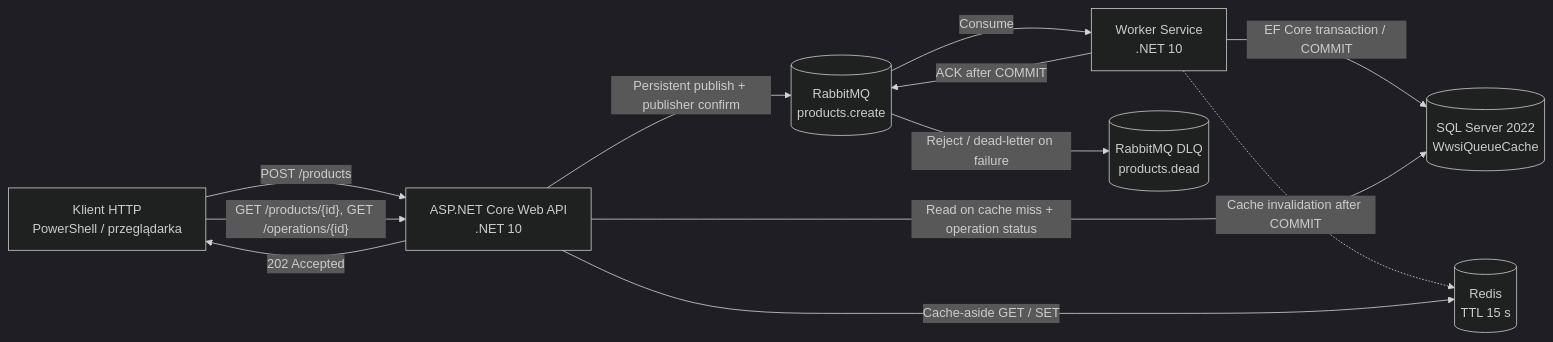
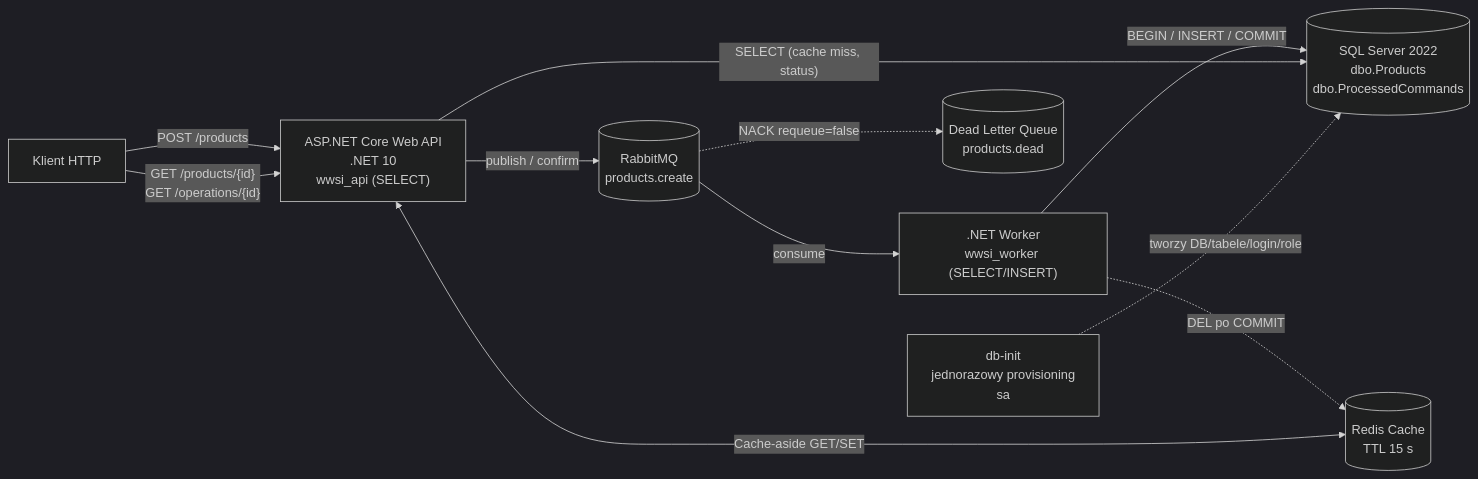
One commit to marcinpytlik/WWSI_CSharp changed the first of 3 diagrams in demonstracje/66_WebApiRabbitRedisSql/README.md. Above: the diagram before and after it, drawn with Mermaid (dark theme). The commit also changed other lines of this file and 19 other files, not shown here.

Commit message:
Refactor demo 66: least privilege SQL provisioning, EF configurations and API middleware

````diff
--- a/demonstracje/66_WebApiRabbitRedisSql/README.md
+++ b/demonstracje/66_WebApiRabbitRedisSql/README.md
@@ -9,22 +7,22 @@
 ```mermaid
 flowchart LR
-    Client["Klient HTTP<br/>PowerShell / przeglądarka"]
-    API["ASP.NET Core Web API<br/>.NET 10"]
-    MQ[("RabbitMQ<br/>products.create")]
-    Worker["Worker Service<br/>.NET 10"]
-    SQL[("SQL Server 2022<br/>WwsiQueueCache")]
-    Redis[("Redis<br/>TTL 15 s")]
-    DLQ[("RabbitMQ DLQ<br/>products.dead")]
+    Client["Klient HTTP"]
+    API["ASP.NET Core Web API<br/>.NET 10<br/>wwsi_api (SELECT)"]
+    Q[("RabbitMQ<br/>products.create")]
+    W[".NET Worker<br/>wwsi_worker (SELECT/INSERT)"]
+    SQL[("SQL Server 2022<br/>dbo.Products<br/>dbo.ProcessedCommands")]
+    R[("Redis Cache<br/>TTL 15 s")]
+    DLQ[("Dead Letter Queue<br/>products.dead")]
+    Init["db-init<br/>jednorazowy provisioning<br/>sa"]
 
     Client -->|"POST /products"| API
-    API -->|"Persistent publish + publisher confirm"| MQ
-    API -->|"202 Accepted"| Client
-    MQ -->|"Consume"| Worker
-    Worker -->|"EF Core transaction / COMMIT"| SQL
-    Worker -.->|"Cache invalidation after COMMIT"| Redis
-    Worker -->|"ACK after COMMIT"| MQ
-    MQ -->|"Reject / dead-letter on failure"| DLQ
-    Client -->|"GET /products/{id}, GET /operations/{id}"| API
-    API -->|"Cache-aside GET / SET"| Redis
-    API -->|"Read on cache miss + operation status"| SQL
+    API -->|"publish / confirm"| Q
+    Q -->|"consume"| W
+    W -->|"BEGIN / INSERT / COMMIT"| SQL
+    W -.->|"DEL po COMMIT"| R
+    Q -.->|"NACK requeue=false"| DLQ
+    Client -->|"GET /products/{id}<br/>GET /operations/{id}"| API
+    API <-->|"Cache-aside GET/SET"| R
+    API -->|"SELECT (cache miss, status)"| SQL
+    Init -.->|"tworzy DB/tabele/login/role"| SQL
 ```
````
